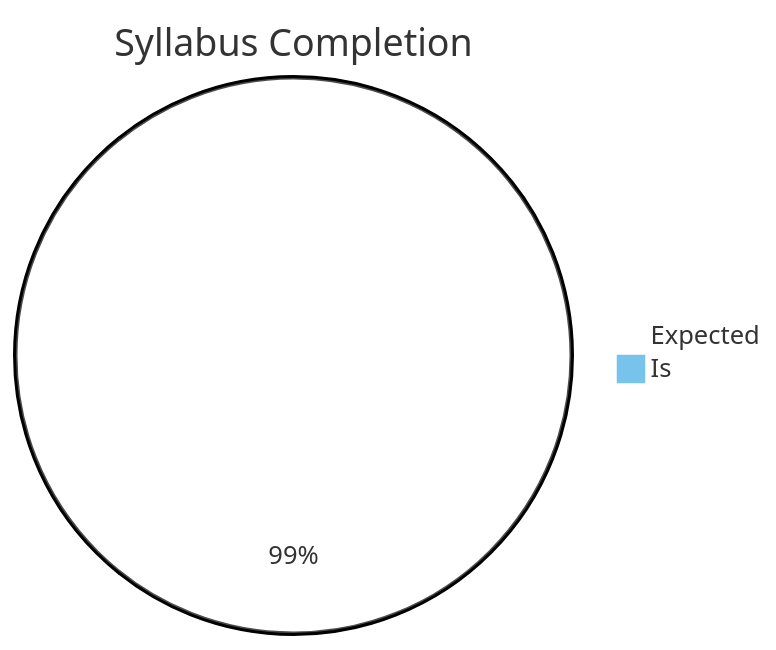
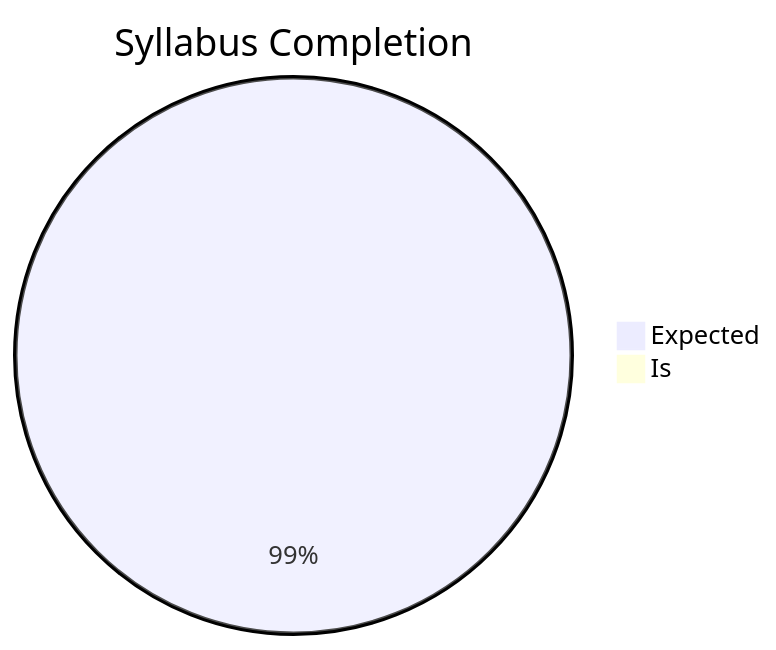
Before and after one commit to not-soham/jeeadv2023syllabus: the diagram in README.md, drawn with Mermaid.

````diff
--- a/README.md
+++ b/README.md
@@ -441,7 +441,5 @@
 ```mermaid
-%%{init: {'theme': 'base', 'themeVariables': { 'pie1': '#FFFFFF', 'pie2': '#77C3EC', 'primaryBorderColor': ''}}}%%
-
 pie title Syllabus Completion
     "Expected" : 100
     "Is" : 1
 ```
````
